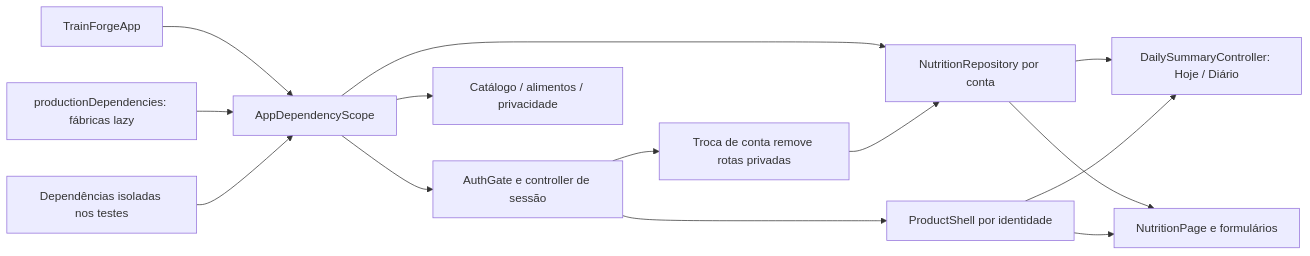
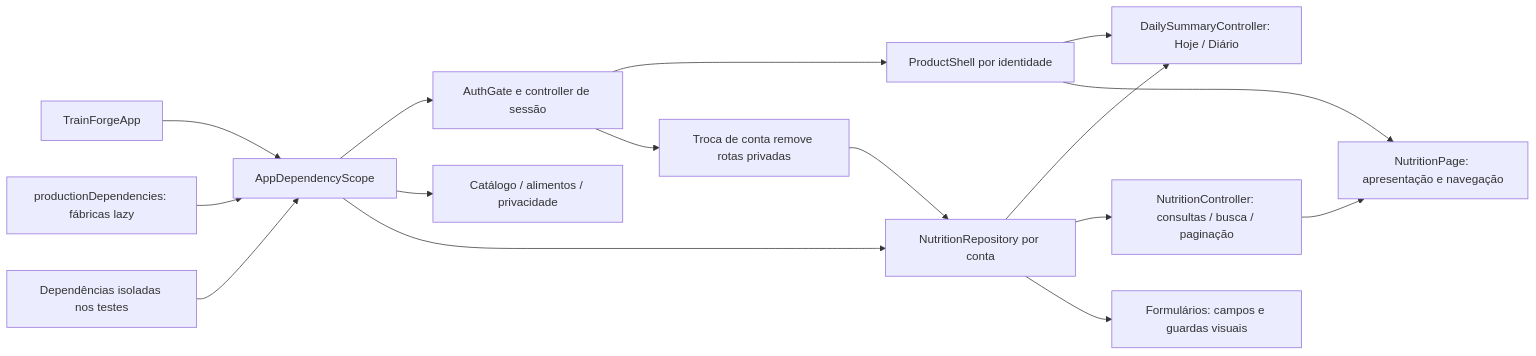
Before and after one commit to richardcastrogois/TrainForge: the second of 3 diagrams in docs/arquitetura/fluxos.md, drawn with Mermaid. The commit also changed other lines of this file and 29 other files, not shown here.

````diff
--- a/docs/arquitetura/fluxos.md
+++ b/docs/arquitetura/fluxos.md
@@ -33,16 +33,18 @@
 ```mermaid
 flowchart LR
   root["TrainForgeApp"] --> scope["AppDependencyScope"]
   prod["productionDependencies: fábricas lazy"] --> scope
   injected["Dependências isoladas nos testes"] --> scope
   scope --> gate["AuthGate e controller de sessão"]
   scope --> public["Catálogo / alimentos / privacidade"]
   gate --> shell["ProductShell por identidade"]
   scope --> bound["NutritionRepository por conta"]
   bound --> daily["DailySummaryController: Hoje / Diário"]
-  bound --> diary["NutritionPage e formulários"]
+  bound --> reads["NutritionController: consultas / busca / paginação"]
+  reads --> diary["NutritionPage: apresentação e navegação"]
+  bound --> forms["Formulários: campos e guardas visuais"]
   shell --> daily
   shell --> diary
   gate --> change["Troca de conta remove rotas privadas"]
   change --> bound
 ```
````
